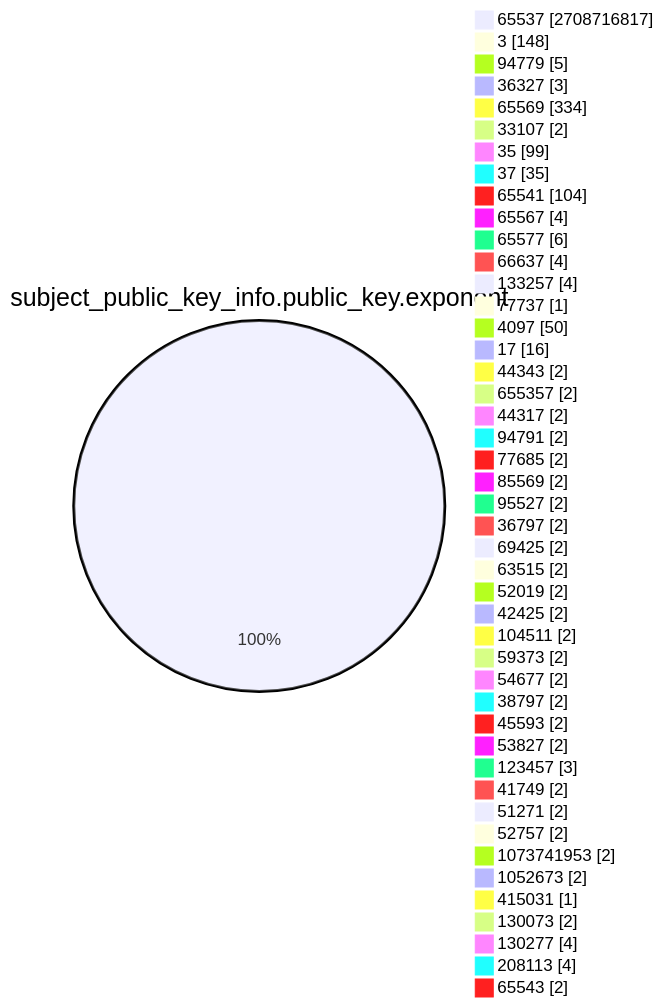
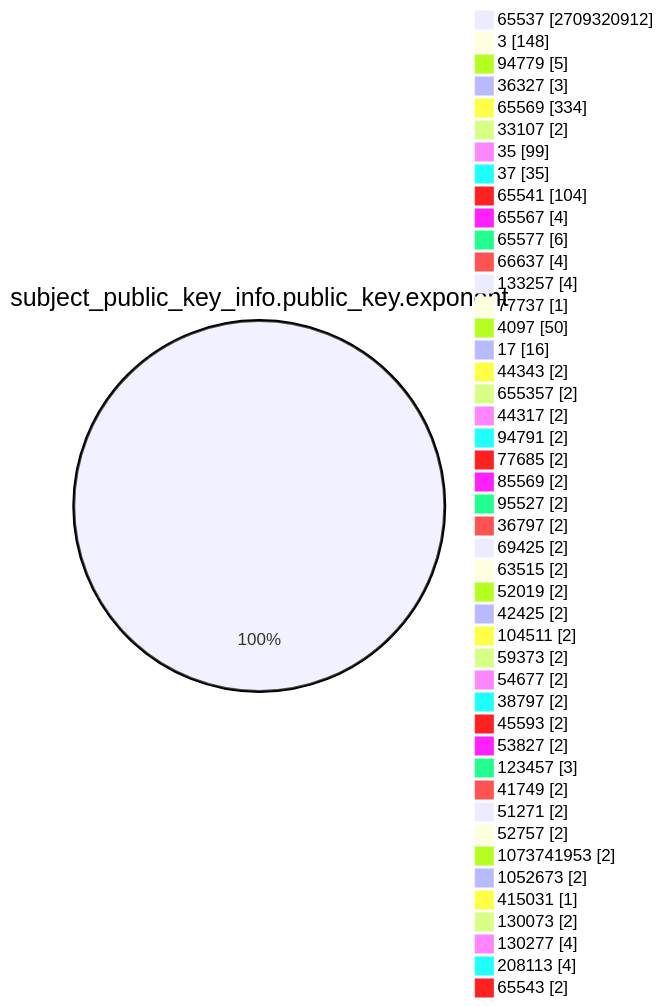
Before and after one commit to christiankrug/ctmonitor_visualization: the fourth of 15 diagrams in TOTAL/README.md, drawn with Mermaid. The commit also changed other lines of this file, not shown here.

````diff
--- a/TOTAL/README.md
+++ b/TOTAL/README.md
@@ -1467,49 +1467,49 @@
 ```mermaid
 pie showData
 title subject_public_key_info.public_key.exponent
-"65537" :2708716817
+"65537" :2709320912
 "3" :148
 "94779" :5
 "36327" :3
 "65569" :334
 "33107" :2
 "35" :99
 "37" :35
 "65541" :104
 "65567" :4
 "65577" :6
 "66637" :4
 "133257" :4
 "77737" :1
 "4097" :50
 "17" :16
 "44343" :2
 "655357" :2
 "44317" :2
 "94791" :2
 "77685" :2
 "85569" :2
 "95527" :2
 "36797" :2
 "69425" :2
 "63515" :2
 "52019" :2
 "42425" :2
 "104511" :2
 "59373" :2
 "54677" :2
 "38797" :2
 "45593" :2
 "53827" :2
 "123457" :3
 "41749" :2
 "51271" :2
 "52757" :2
 "1073741953" :2
 "1052673" :2
 "415031" :1
 "130073" :2
 "130277" :4
 "208113" :4
 "65543" :2
 ```
````
